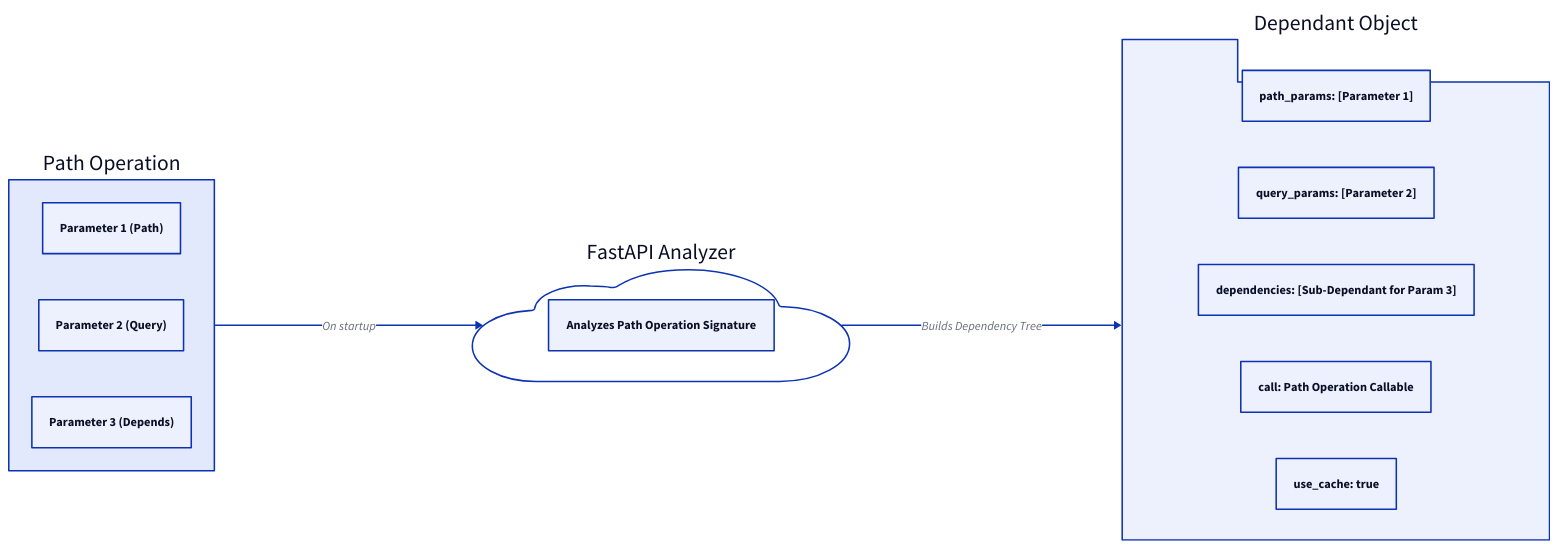
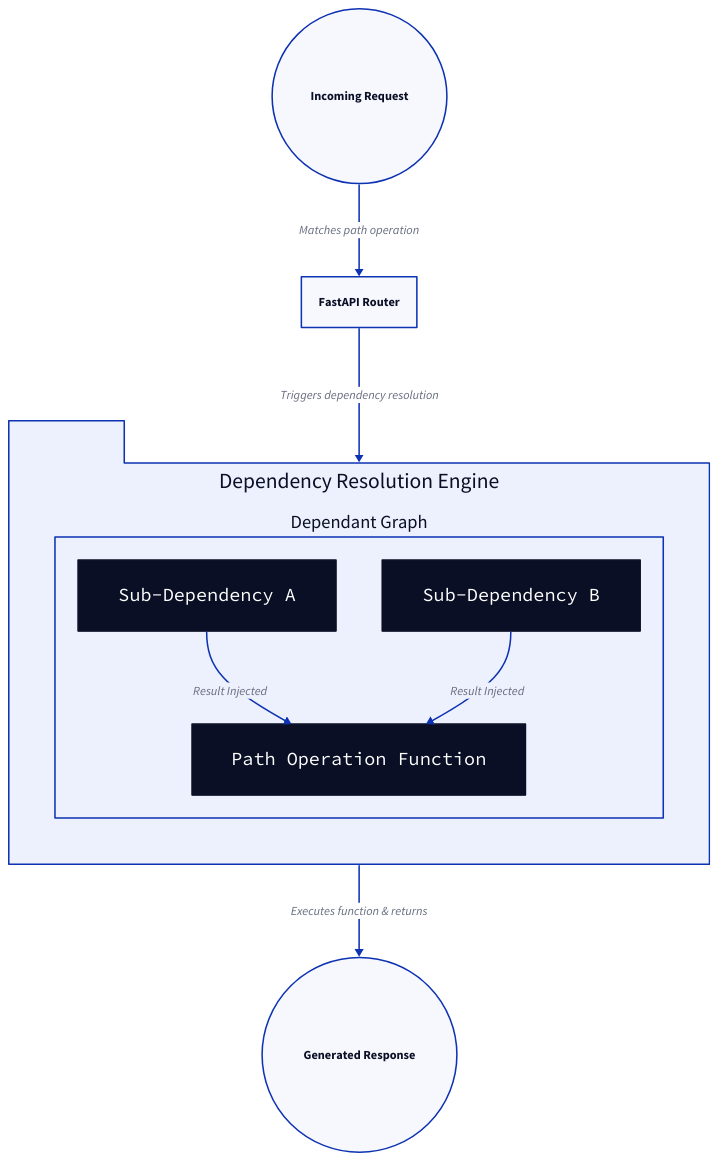
One commit to lban2049/fastapi changed the diagram in .aigne/doc-smith/docs/api-reference-dependencies.md. Above: the diagram before and after it, drawn with D2. The commit also changed other lines of this file and 45 other files, not shown here.

````diff
--- a/.aigne/doc-smith/docs/api-reference-dependencies.md
+++ b/.aigne/doc-smith/docs/api-reference-dependencies.md
@@ -111,27 +11,42 @@
 ```d2
-direction: right
+direction: down
 
-"Path Operation": {
-    "Parameter 1 (Path)"
-    "Parameter 2 (Query)"
-    "Parameter 3 (Depends)"
+"Incoming Request": {
+  shape: circle
 }
 
-"FastAPI Analyzer": {
-    shape: cloud
-    "get_dependant()": "Analyzes Path Operation Signature"
+"FastAPI Router": {
+  shape: rectangle
 }
 
-"Dependant Object": {
-    shape: package
-    "path_params: [Parameter 1]"
-    "query_params: [Parameter 2]"
-    "dependencies: [Sub-Dependant for Param 3]"
-    "call: Path Operation Callable"
-    "use_cache: true"
+"Dependency Resolution Engine": {
+  shape: package
+  grid-columns: 1
+
+  "Dependant Graph": {
+    shape: rectangle
+
+    "Sub-Dependency A": {
+      shape: class
+    }
+    "Sub-Dependency B": {
+      shape: class
+    }
+    "Path Operation Function": {
+      shape: class
+    }
+
+    "Sub-Dependency A" -> "Path Operation Function": "Result Injected"
+    "Sub-Dependency B" -> "Path Operation Function": "Result Injected"
+  }
 }
 
-"Path Operation" -> "FastAPI Analyzer": "On startup"
-"FastAPI Analyzer" -> "Dependant Object": "Builds Dependency Tree"
+"Generated Response": {
+  shape: circle
+}
+
+"Incoming Request" -> "FastAPI Router": "Matches path operation"
+"FastAPI Router" -> "Dependency Resolution Engine": "Triggers dependency resolution"
+"Dependency Resolution Engine" -> "Generated Response": "Executes function & returns"
 
 ```
````
